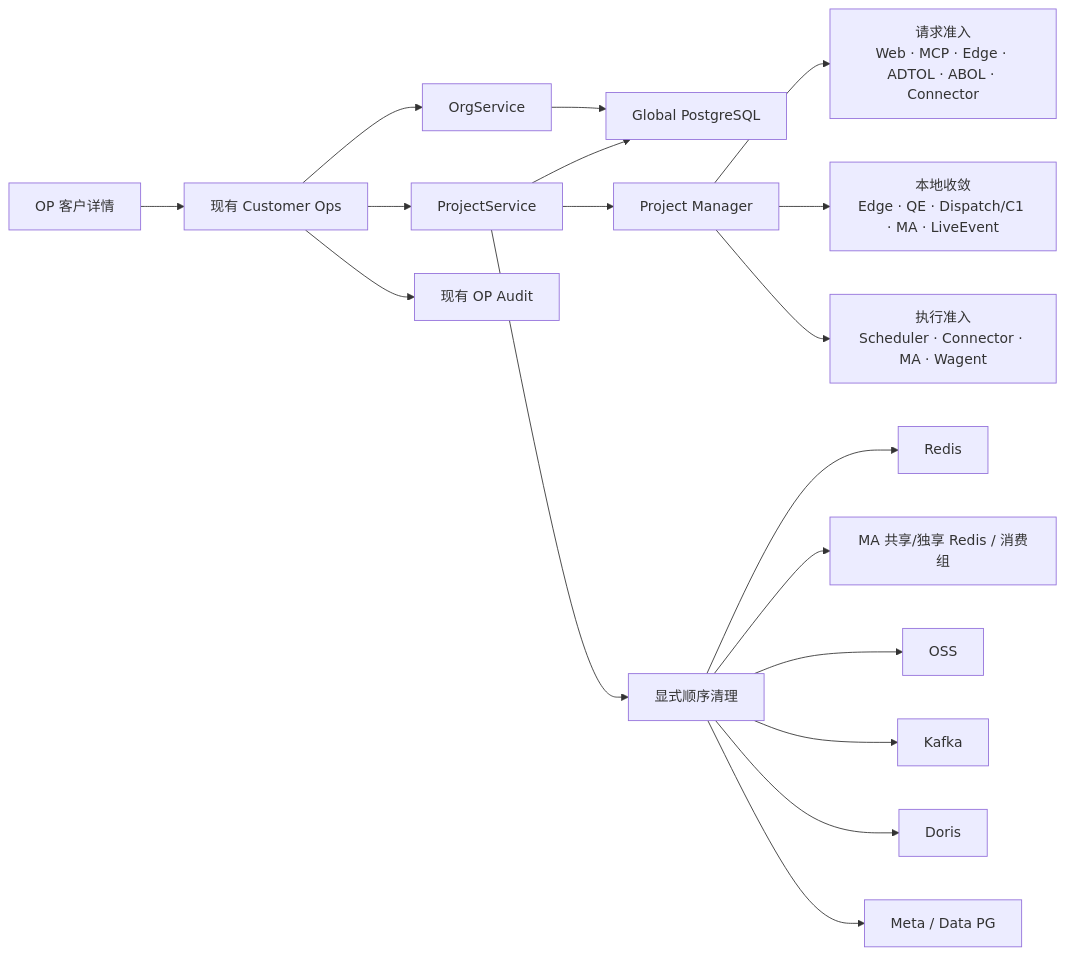
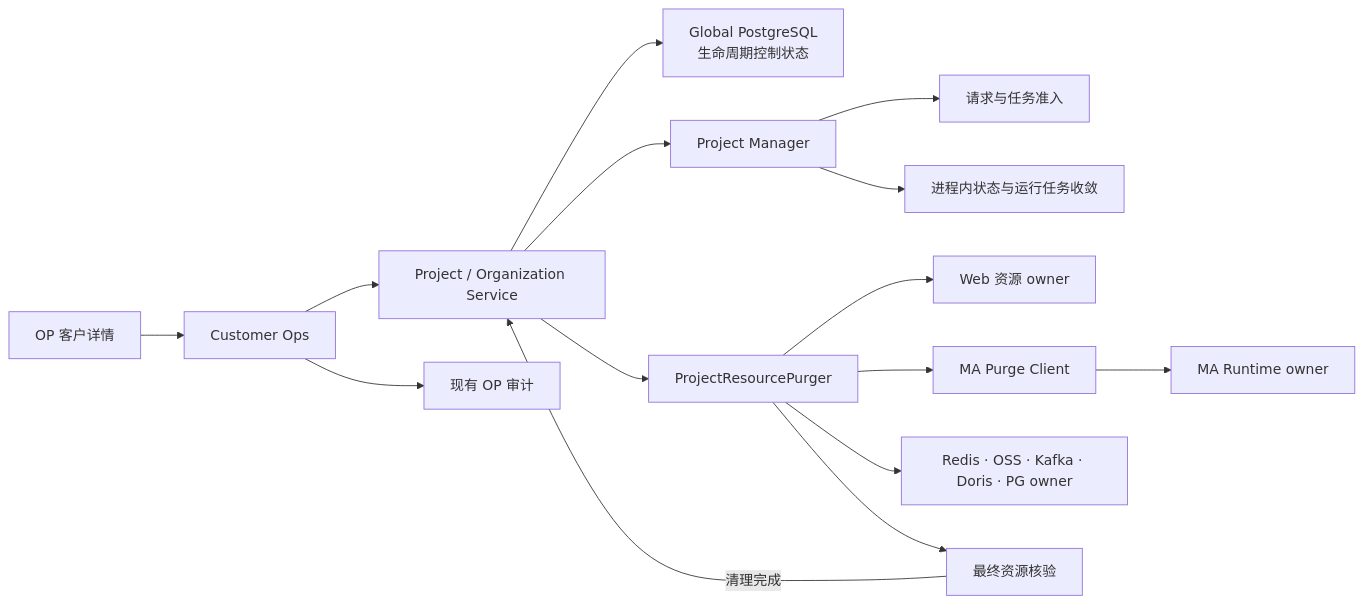
One commit to qinwenshiCH/workflow changed the first of 6 diagrams in specs/20260716-Wave-Refac-OrganizationProjectLifecycle/03-plan.md. Above: the diagram before and after it, drawn with Mermaid. The commit also changed other lines of this file and 4 other files, not shown here.

````diff
--- a/specs/20260716-Wave-Refac-OrganizationProjectLifecycle/03-plan.md
+++ b/specs/20260716-Wave-Refac-OrganizationProjectLifecycle/03-plan.md
@@ -76,23 +67,20 @@
 ```mermaid
 flowchart LR
-    OP["OP 客户详情"] --> Ops["现有 Customer Ops"]
-    Ops --> Org["OrgService"]
-    Ops --> Project["ProjectService"]
-    Ops --> Audit["现有 OP Audit"]
+    OP["OP 客户详情"] --> Ops["Customer Ops"]
+    Ops --> Service["Project / Organization Service"]
+    Ops --> Audit["现有 OP 审计"]
 
-    Org --> Global["Global PostgreSQL"]
-    Project --> Global
-    Project --> PM["Project Manager"]
-    Project --> Purge["显式顺序清理"]
+    Service --> Global["Global PostgreSQL<br/>生命周期控制状态"]
+    Service --> PM["Project Manager"]
+    Service --> Purger["ProjectResourcePurger"]
 
-    PM --> Admission["请求准入<br/>Web · MCP · Edge · ADTOL · ABOL · Connector"]
-    PM --> Hooks["本地收敛<br/>Edge · QE · Dispatch/C1 · MA · LiveEvent"]
-    PM --> Workers["执行准入<br/>Scheduler · Connector · MA · Wagent"]
+    PM --> Gate["请求与任务准入"]
+    PM --> Runtime["进程内状态与运行任务收敛"]
 
-    Purge --> Redis
-    Purge --> MAState["MA 共享/独享 Redis / 消费组"]
-    Purge --> OSS
-    Purge --> Kafka
-    Purge --> Doris
-    Purge --> ProjectPG["Meta / Data PG"]
+    Purger --> Local["Web 资源 owner"]
+    Purger --> MAClient["MA Purge Client"]
+    MAClient --> MA["MA Runtime owner"]
+    Purger --> Infra["Redis · OSS · Kafka · Doris · PG owner"]
+    Purger --> Verify["最终资源核验"]
+    Verify -->|"清理完成"| Service
 ```
````
